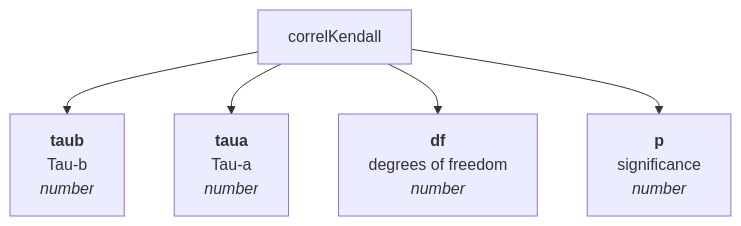
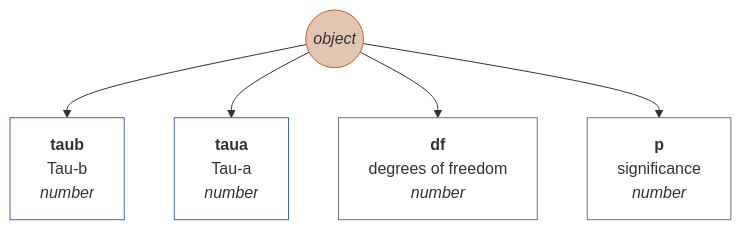
Before and after one commit to muzikp/retusa: the fourth of 13 diagrams in docs/en-GB/matrix.md, drawn with Mermaid. The commit also changed other lines of this file and 17 other files, not shown here.

````diff
--- a/docs/en-GB/matrix.md
+++ b/docs/en-GB/matrix.md
@@ -187,8 +205,19 @@
 ```mermaid
 graph TD
+correlKendall((<i>object</i>))
+style correlKendall fill:#E1C6B3;
+style correlKendall stroke:#C36422;
 correlKendall --> taub[<b>taub</b><br>Tau-b <br><i>number</i>]
+style taub fill:#FFFFFF;
+style taub stroke:#4967A4;
 correlKendall --> taua[<b>taua</b><br>Tau-a <br><i>number</i>]
+style taua fill:#FFFFFF;
+style taua stroke:#4967A4;
 correlKendall --> df[<b>df</b><br>degrees of freedom <br><i>number</i>]
+style df fill:#FFFFFF;
+style df stroke:#75716F;
 correlKendall --> p[<b>p</b><br>significance <br><i>number</i>]
+style p fill:#FFFFFF;
+style p stroke:#75716F;
 
 ```
````
